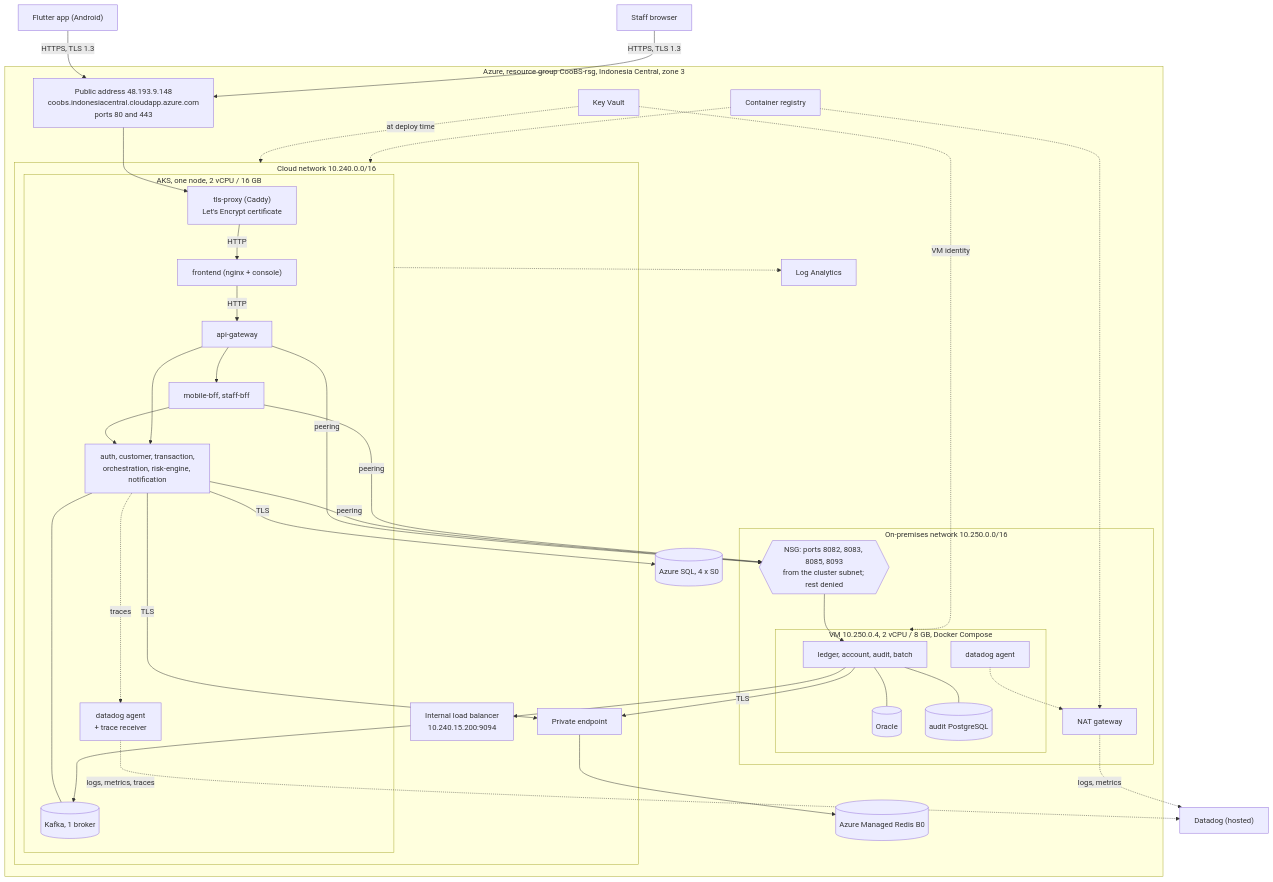
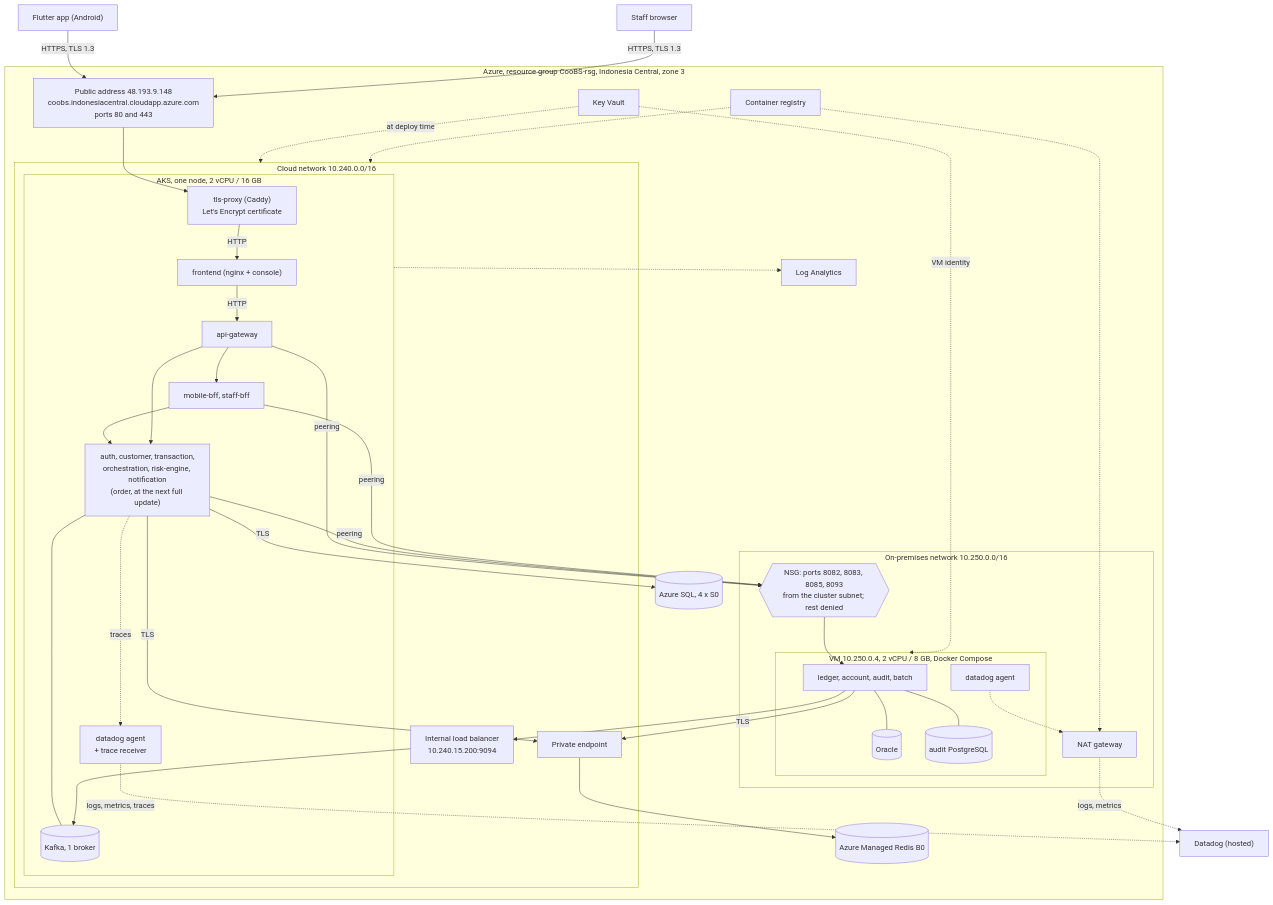
Before and after one commit to Sole248k/CooBS: the second of 4 diagrams in integrated-capstone-plans/ENTERPRISE_ARCHITECTURE_AND_DEPLOYMENT.md, drawn with Mermaid. The commit also changed other lines of this file and 52 other files, not shown here.

````diff
--- a/integrated-capstone-plans/ENTERPRISE_ARCHITECTURE_AND_DEPLOYMENT.md
+++ b/integrated-capstone-plans/ENTERPRISE_ARCHITECTURE_AND_DEPLOYMENT.md
@@ -205,66 +208,66 @@
 ```mermaid
 flowchart TB
     A_APP["Flutter app (Android)"]
     A_WEB["Staff browser"]
     A_DD["Datadog (hosted)"]
 
     subgraph RG["Azure, resource group CooBS-rsg, Indonesia Central, zone 3"]
         A_PIP["Public address 48.193.9.148<br/>coobs.indonesiacentral.cloudapp.azure.com<br/>ports 80 and 443"]
 
         subgraph VNET1["Cloud network 10.240.0.0/16"]
             subgraph A_AKS["AKS, one node, 2 vCPU / 16 GB"]
                 A_TLS["tls-proxy (Caddy)<br/>Let's Encrypt certificate"]
                 A_NGX["frontend (nginx + console)"]
                 A_GW["api-gateway"]
                 A_BFF["mobile-bff, staff-bff"]
-                A_SVC["auth, customer, transaction,<br/>orchestration, risk-engine, notification"]
+                A_SVC["auth, customer, transaction,<br/>orchestration, risk-engine, notification<br/>(order, at the next full update)"]
                 A_KAFKA[("Kafka, 1 broker")]
                 A_DDA["datadog agent<br/>+ trace receiver"]
             end
             A_ILB["Internal load balancer<br/>10.240.15.200:9094"]
             A_PE["Private endpoint"]
         end
 
         A_SQL[("Azure SQL, 4 x S0")]
         A_REDIS[("Azure Managed Redis B0")]
         A_KV["Key Vault"]
         A_ACR["Container registry"]
         A_LOG["Log Analytics"]
 
         subgraph VNET2["On-premises network 10.250.0.0/16"]
             A_NSG{{"NSG: ports 8082, 8083, 8085, 8093<br/>from the cluster subnet; rest denied"}}
             subgraph A_VM["VM 10.250.0.4, 2 vCPU / 8 GB, Docker Compose"]
                 A_CORE["ledger, account, audit, batch"]
                 A_ORA[("Oracle")]
                 A_PG[("audit PostgreSQL")]
                 A_DDV["datadog agent"]
             end
             A_NAT["NAT gateway"]
         end
     end
 
     A_APP -->|"HTTPS, TLS 1.3"| A_PIP
     A_WEB -->|"HTTPS, TLS 1.3"| A_PIP
     A_PIP --> A_TLS -->|"HTTP"| A_NGX -->|"HTTP"| A_GW
     A_GW --> A_BFF --> A_SVC
     A_GW --> A_SVC
     A_SVC -->|"TLS"| A_SQL
     A_SVC -->|"TLS"| A_PE --> A_REDIS
     A_SVC --- A_KAFKA
     A_GW -->|"peering"| A_NSG
     A_SVC -->|"peering"| A_NSG
     A_BFF -->|"peering"| A_NSG
     A_NSG --> A_CORE
     A_CORE --- A_ORA
     A_CORE --- A_PG
     A_CORE -->|"TLS"| A_PE
     A_CORE --> A_ILB --> A_KAFKA
     A_KV -.->|"at deploy time"| A_AKS
     A_KV -.->|"VM identity"| A_VM
     A_ACR -.-> A_AKS
     A_ACR -.-> A_NAT
     A_AKS -.-> A_LOG
     A_SVC -.->|"traces"| A_DDA
     A_DDA -.->|"logs, metrics, traces"| A_DD
     A_DDV -.-> A_NAT -.->|"logs, metrics"| A_DD
 ```
````
